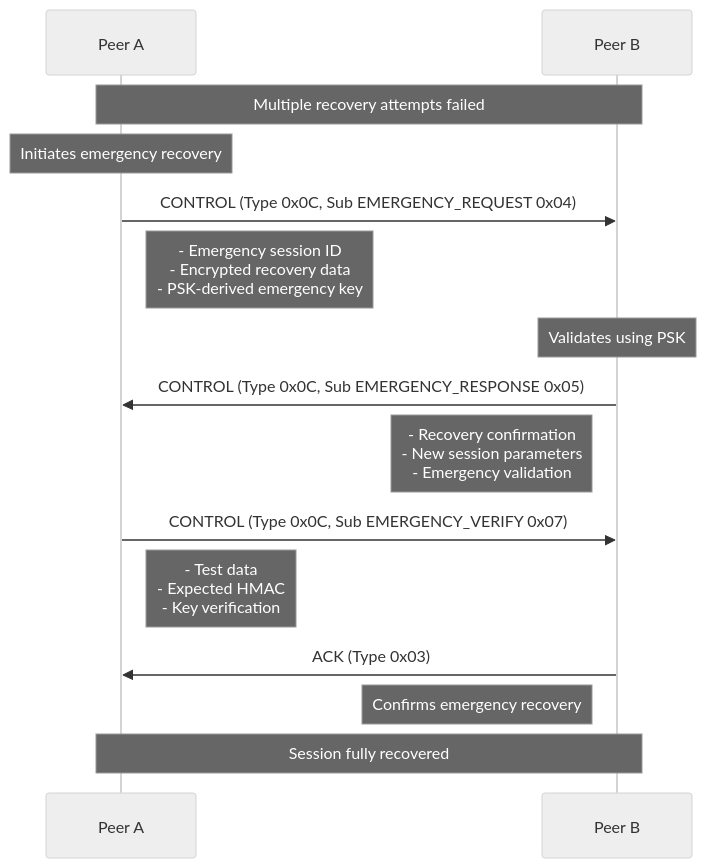
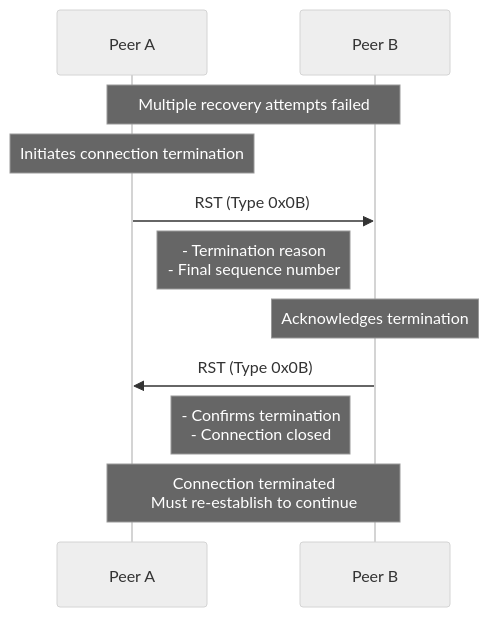
Diagram 13 of 37 in design/protocol/A-sequence-diagrams.md (aidanmorgan/buckwild), drawn with Mermaid (neutral theme) before and after one commit. The commit also changed other lines of this file and 14 other files, not shown here.

````diff
--- a/design/protocol/A-sequence-diagrams.md
+++ b/design/protocol/A-sequence-diagrams.md
@@ -297,23 +309,17 @@
 ```mermaid
 sequenceDiagram
     participant Peer A
     participant Peer B
     
     Note over Peer A,Peer B: Multiple recovery attempts failed
-    Note over Peer A: Initiates emergency recovery
+    Note over Peer A: Initiates connection termination
     
-    Peer A->>Peer B: CONTROL (Type 0x0C, Sub EMERGENCY_REQUEST 0x04)
-    Note right of Peer A: - Emergency session ID<br/>- Encrypted recovery data<br/>- PSK-derived emergency key
+    Peer A->>Peer B: RST (Type 0x0B)
+    Note right of Peer A: - Termination reason<br/>- Final sequence number
     
-    Note over Peer B: Validates using PSK
-    Peer B->>Peer A: CONTROL (Type 0x0C, Sub EMERGENCY_RESPONSE 0x05)
-    Note left of Peer B: - Recovery confirmation<br/>- New session parameters<br/>- Emergency validation
+    Note over Peer B: Acknowledges termination
+    Peer B->>Peer A: RST (Type 0x0B)
+    Note left of Peer B: - Confirms termination<br/>- Connection closed
     
-    Peer A->>Peer B: CONTROL (Type 0x0C, Sub EMERGENCY_VERIFY 0x07)
-    Note right of Peer A: - Test data<br/>- Expected HMAC<br/>- Key verification
-    
-    Peer B->>Peer A: ACK (Type 0x03)
-    Note left of Peer B: Confirms emergency recovery
-    
-    Note over Peer A,Peer B: Session fully recovered
+    Note over Peer A,Peer B: Connection terminated<br/>Must re-establish to continue
 ```
````
